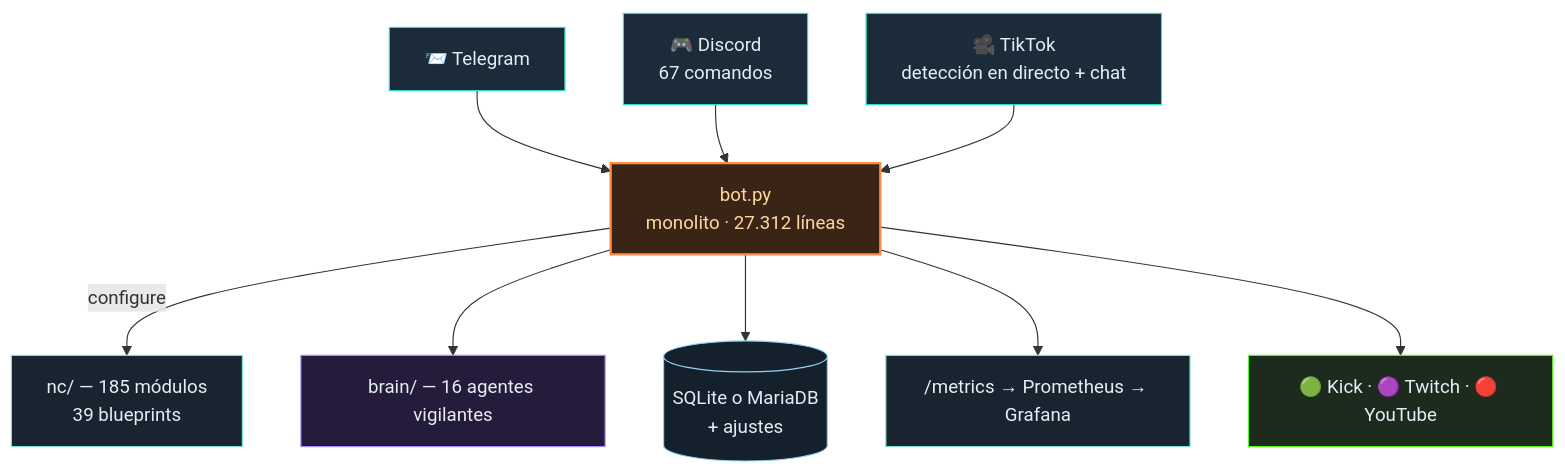
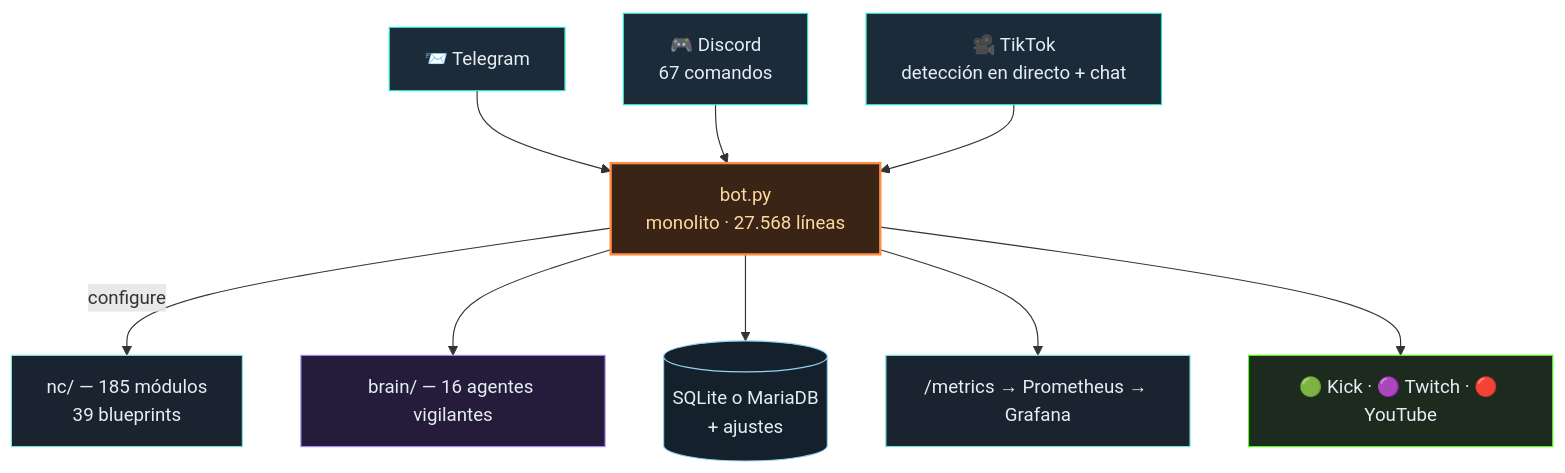
The diagram in README.es.md (itsamemedev/Telegram-Stream-Info-Bot), drawn with Mermaid before and after one commit. The commit also changed other lines of this file and 46 other files, not shown here.

````diff
--- a/README.es.md
+++ b/README.es.md
@@ -64,18 +64,18 @@
 ```mermaid
 flowchart TB
     TG["📨 Telegram"]:::ein --> BOT
     DC["🎮 Discord<br/>67 comandos"]:::ein --> BOT
     TT["🎥 TikTok<br/>detección en directo + chat"]:::ein --> BOT
-    BOT["bot.py<br/>monolito · 27.312 líneas"]:::core
+    BOT["bot.py<br/>monolito · 27.568 líneas"]:::core
     BOT -->|configure| NC["nc/ — 185 módulos<br/>39 blueprints"]:::lib
     BOT --> BRAIN["brain/ — 16 agentes vigilantes"]:::brain
     BOT --> DB[("SQLite o MariaDB<br/>+ ajustes")]:::db
     BOT --> PROM["/metrics → Prometheus → Grafana"]:::lib
     BOT --> OUT["🟢 Kick · 🟣 Twitch · 🔴 YouTube"]:::out
     classDef ein fill:#1c2b3a,stroke:#2de1c2,color:#e6edf3
     classDef core fill:#3a2415,stroke:#ff8c42,stroke-width:2px,color:#ffd9a0
     classDef lib fill:#1a2430,stroke:#7fe7d4,color:#e6edf3
     classDef brain fill:#241c3a,stroke:#a78bfa,color:#e6edf3
     classDef db fill:#14202c,stroke:#8fd3f4,color:#e6edf3
     classDef out fill:#1c2b1e,stroke:#53fc18,color:#e6edf3
 ```
````
